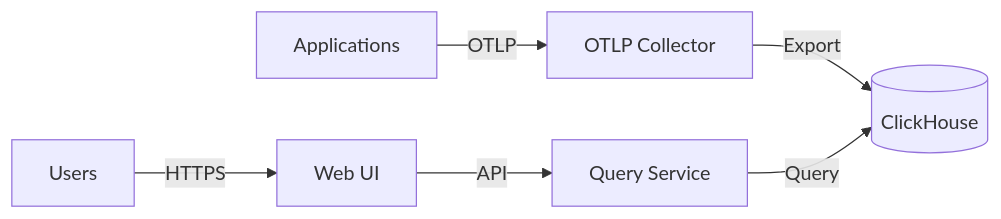
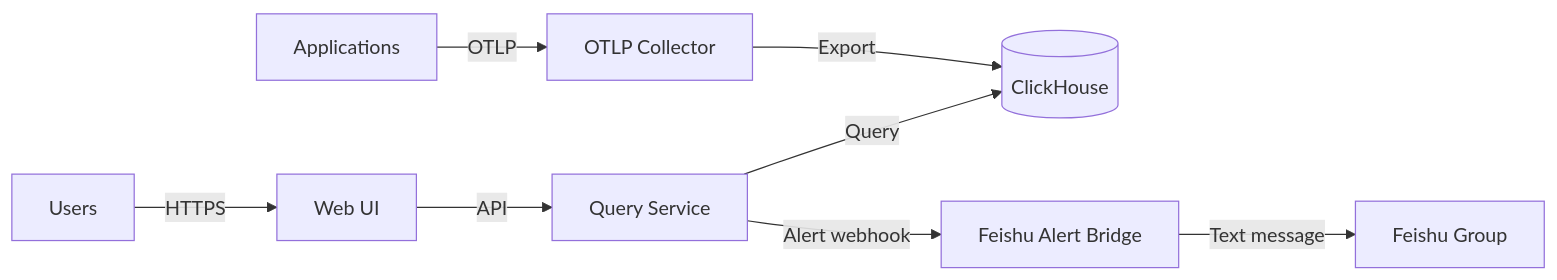
Before and after one commit to wangzitian0/infra2: the diagram in docs/ssot/ops.observability.md, drawn with Mermaid. The commit also changed other lines of this file and 16 other files, not shown here.

Commit message:
feat: add Feishu alert bridge

````diff
--- a/docs/ssot/ops.observability.md
+++ b/docs/ssot/ops.observability.md
@@ -22,8 +23,10 @@
 ```mermaid
 graph LR
     Apps[Applications] -->|OTLP| Collector[OTLP Collector]
     Collector -->|Export| ClickHouse[(ClickHouse)]
     QueryService[Query Service] -->|Query| ClickHouse
     Frontend[Web UI] -->|API| QueryService
+    QueryService -->|Alert webhook| Alerting[Feishu Alert Bridge]
+    Alerting -->|Text message| Feishu[Feishu Group]
     Users[Users] -->|HTTPS| Frontend
 ```
````
